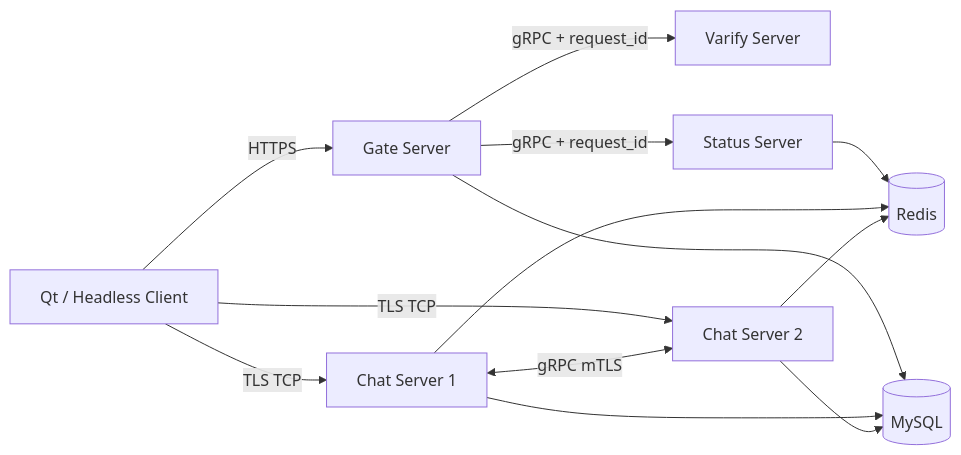
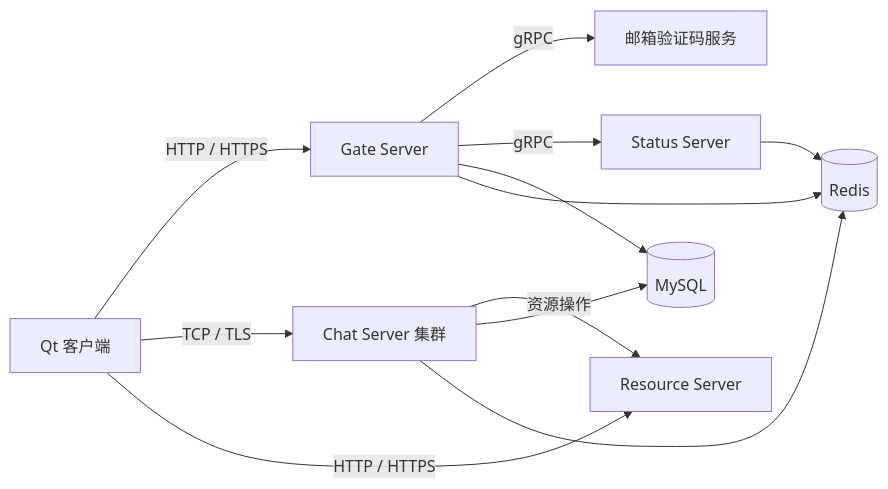
One commit to which-W/distributed-chat-system changed the diagram in README.md. Above: the diagram before and after it, drawn with Mermaid. The commit also changed other lines of this file and 85 other files, not shown here.

````diff
--- a/README.md
+++ b/README.md
@@ -24,15 +19,14 @@
 ```mermaid
 flowchart LR
-    Client[Qt / Headless Client] -->|HTTPS| Gate[Gate Server]
-    Gate -->|gRPC + request_id| Verify[Varify Server]
-    Gate -->|gRPC + request_id| Status[Status Server]
-    Status --> Redis[(Redis)]
+    Client[Qt 客户端] -->|HTTP / HTTPS| Gate[Gate Server]
+    Gate -->|gRPC| Verify[邮箱验证码服务]
+    Gate -->|gRPC| Status[Status Server]
+    Client -->|TCP / TLS| Chat[Chat Server 集群]
+    Client -->|HTTP / HTTPS| Resource[Resource Server]
+    Chat -->|资源操作| Resource
     Gate --> MySQL[(MySQL)]
-    Client -->|TLS TCP| Chat1[Chat Server 1]
-    Client -->|TLS TCP| Chat2[Chat Server 2]
-    Chat1 <-->|gRPC mTLS| Chat2
-    Chat1 --> Redis
-    Chat2 --> Redis
-    Chat1 --> MySQL
-    Chat2 --> MySQL
+    Gate --> Redis[(Redis)]
+    Status --> Redis
+    Chat --> MySQL
+    Chat --> Redis
 ```
````
